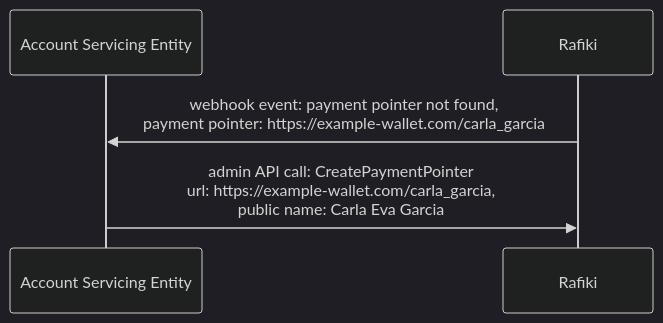
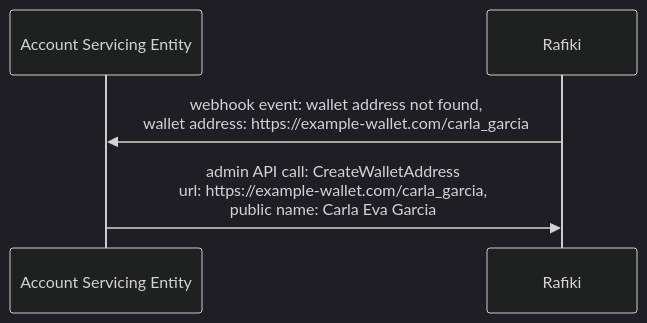
The eighth of 10 diagrams in packages/documentation/src/content/docs/integration/event-handlers.md (interledger/rafiki), drawn with Mermaid (dark theme) before and after one commit. The commit also changed other lines of this file and 154 other files, not shown here.

Commit message:
feat(backend, mock-ase): rename payment pointer to wallet address in rafiki code (#2029)

````diff
--- a/packages/documentation/src/content/docs/integration/event-handlers.md
+++ b/packages/documentation/src/content/docs/integration/event-handlers.md
@@ -136,10 +136,10 @@
 ```mermaid
 
 sequenceDiagram
 
 participant ASE as Account Servicing Entity
 participant R as Rafiki
 
-R->>ASE: webhook event: payment pointer not found,<br>payment pointer: https://example-wallet.com/carla_garcia
-ASE->>R: admin API call: CreatePaymentPointer<br>url: https://example-wallet.com/carla_garcia,<br>public name: Carla Eva Garcia
+R->>ASE: webhook event: wallet address not found,<br>wallet address: https://example-wallet.com/carla_garcia
+ASE->>R: admin API call: CreateWalletAddress<br>url: https://example-wallet.com/carla_garcia,<br>public name: Carla Eva Garcia
 ```
````
